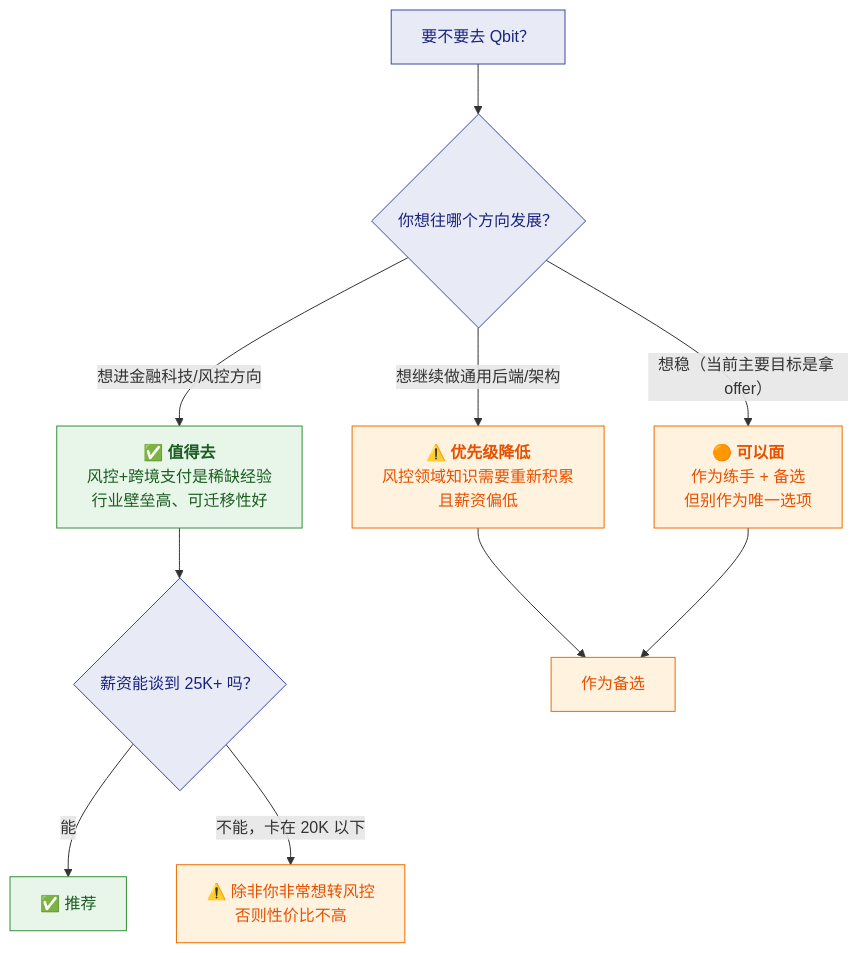
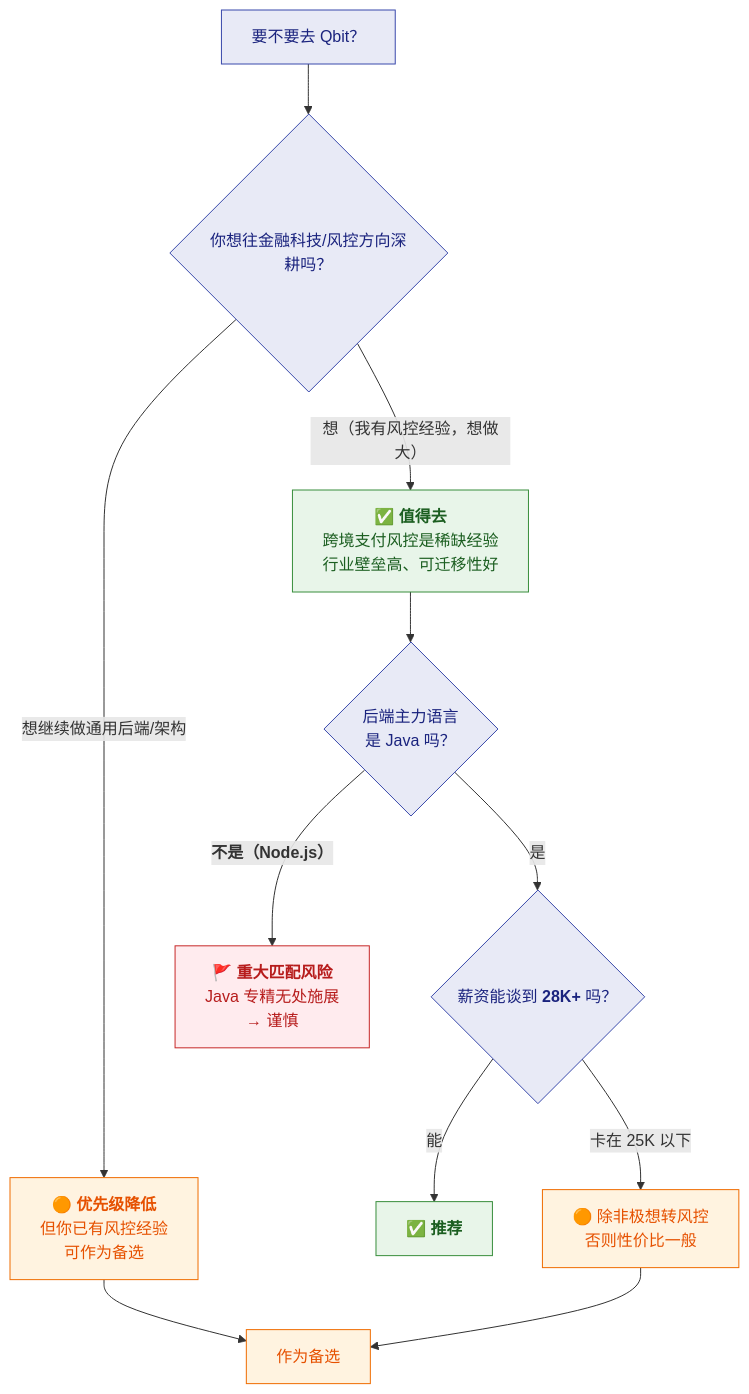
Before and after one commit to vic868/Deliberate: the third of 3 diagrams in 面试准备/Qbit/03-公司情报与决策建议.md, drawn with Mermaid. The commit also changed other lines of this file and 6 other files, not shown here.

````diff
--- a/面试准备/Qbit/03-公司情报与决策建议.md
+++ b/面试准备/Qbit/03-公司情报与决策建议.md
@@ -225,18 +366,21 @@
 ```mermaid
 flowchart TB
-  A["要不要去 Qbit？"] --> B{"你想往哪个方向发展？"}
-  B -->|"想进金融科技/风控方向"| C["✅ <b>值得去</b><br/>风控+跨境支付是稀缺经验<br/>行业壁垒高、可迁移性好"]
-  B -->|"想继续做通用后端/架构"| D["⚠️ <b>优先级降低</b><br/>风控领域知识需要重新积累<br/>且薪资偏低"]
-  B -->|"想稳（当前主要目标是拿 offer）"| E["🟠 <b>可以面</b><br/>作为练手 + 备选<br/>但别作为唯一选项"]
-  C --> F{"薪资能谈到 25K+ 吗？"}
-  F -->|"能"| G["✅ 推荐"]
-  F -->|"不能，卡在 20K 以下"| H["⚠️ 除非你非常想转风控<br/>否则性价比不高"]
-  D --> I["作为备选"]
-  E --> I
+  A["要不要去 Qbit？"] --> B{"你想往金融科技/风控方向深耕吗？"}
+  B -->|"想（我有风控经验，想做大）"| C["✅ <b>值得去</b><br/>跨境支付风控是稀缺经验<br/>行业壁垒高、可迁移性好"]
+  B -->|"想继续做通用后端/架构"| D["🟠 <b>优先级降低</b><br/>但你已有风控经验<br/>可作为备选"]
+  C --> E{"后端主力语言<br/>是 Java 吗？"}
+  E -->|"是"| F{"薪资能谈到 <b>28K+</b> 吗？"}
+  E -->|"<b>不是（Node.js）</b>"| G["🚩 <b>重大匹配风险</b><br/>Java 专精无处施展<br/>→ 谨慎"]
+  F -->|"能"| H["✅ <b>推荐</b>"]
+  F -->|"卡在 25K 以下"| I["🟠 除非极想转风控<br/>否则性价比一般"]
+  D --> J["作为备选"]
+  I --> J
   classDef q fill:#e8eaf6,stroke:#3949ab,color:#1a237e
   classDef good fill:#e8f5e9,stroke:#388e3c,color:#1b5e20
   classDef warn fill:#fff3e0,stroke:#ef6c00,color:#e65100
-  class A,B,F q
-  class C,G good
-  class D,E,H,I warn
+  classDef bad fill:#ffebee,stroke:#c62828,color:#b71c1c
+  class A,B,E,F q
+  class C,H good
+  class D,I,J warn
+  class G bad
 ```
````
